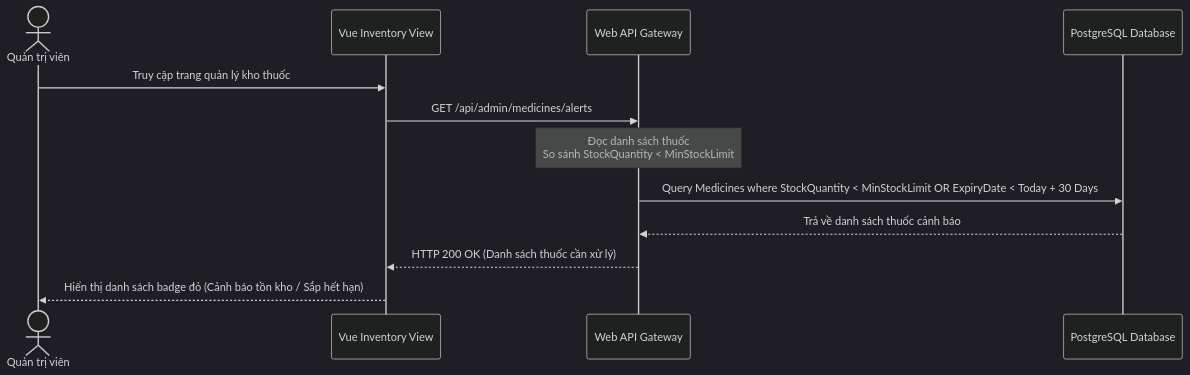
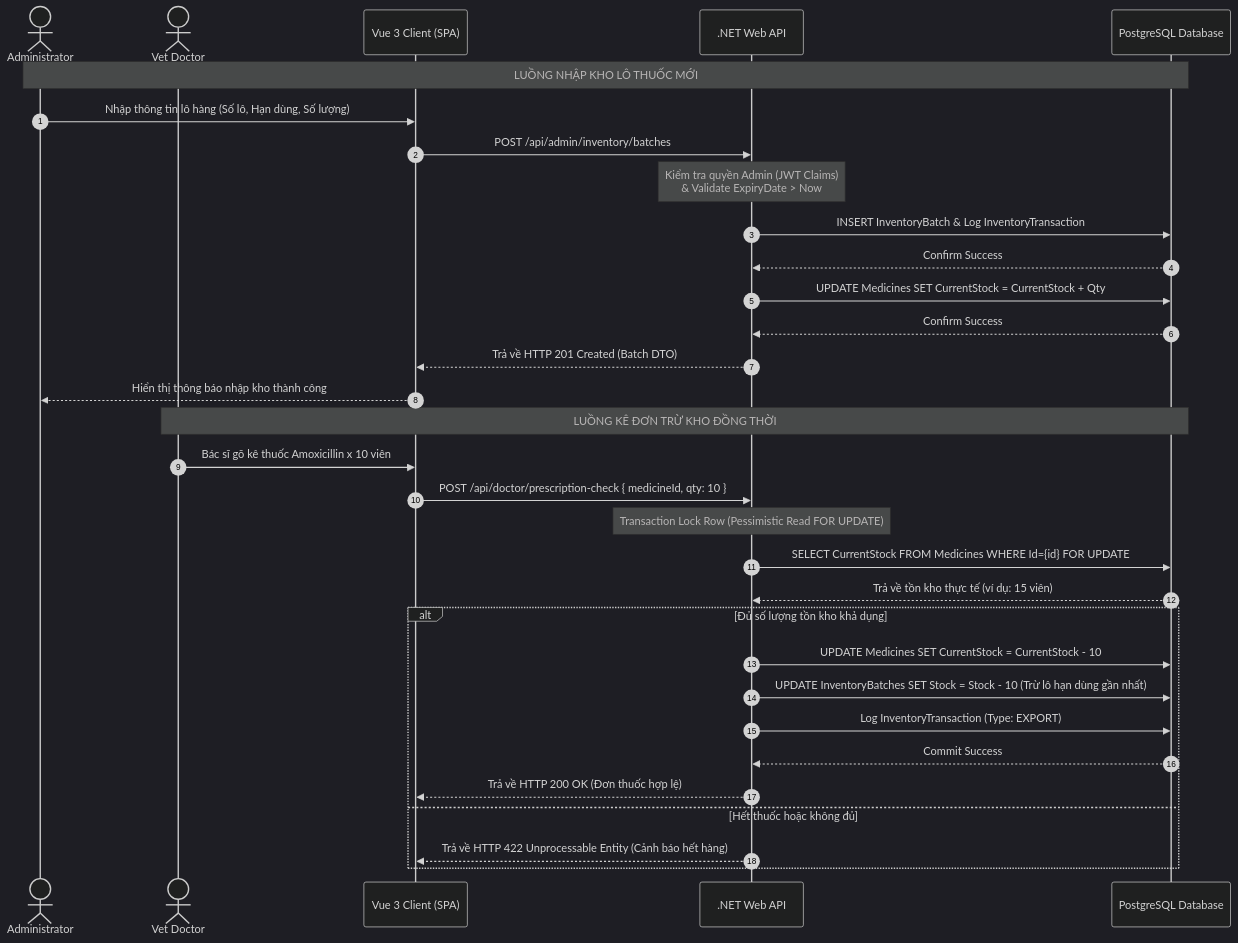
One commit to NamSD1901/DATN-Final changed the diagram in plan/features/deep-decomposition/phase3-24-admin-inventory/TECHNICAL_SPEC.md. Above: the diagram before and after it, drawn with Mermaid (dark theme). The commit also changed other lines of this file and 11 other files, not shown here.

Commit message:
docs: upgrade specifications for phase 3 - admin drug & medical supplies inventory

````diff
--- a/plan/features/deep-decomposition/phase3-24-admin-inventory/TECHNICAL_SPEC.md
+++ b/plan/features/deep-decomposition/phase3-24-admin-inventory/TECHNICAL_SPEC.md
@@ -11,15 +11,36 @@
 ```mermaid
 sequenceDiagram
-    actor Admin as Quản trị viên
-    participant FE as Vue Inventory View
-    participant API as Web API Gateway
+    autonumber
+    actor A as Administrator
+    actor D as Vet Doctor
+    participant FE as Vue 3 Client (SPA)
+    participant BE as .NET Web API
     participant DB as PostgreSQL Database
 
-    Admin->>FE: Truy cập trang quản lý kho thuốc
-    FE->>API: GET /api/admin/medicines/alerts
-    Note over API: Đọc danh sách thuốc<br/>So sánh StockQuantity < MinStockLimit
-    API->>DB: Query Medicines where StockQuantity < MinStockLimit OR ExpiryDate < Today + 30 Days
-    DB-->>API: Trả về danh sách thuốc cảnh báo
-    API-->>FE: HTTP 200 OK (Danh sách thuốc cần xử lý)
-    FE-->>Admin: Hiển thị danh sách badge đỏ (Cảnh báo tồn kho / Sắp hết hạn)
+    Note over A, DB: LUỒNG NHẬP KHO LÔ THUỐC MỚI
+    A->>FE: Nhập thông tin lô hàng (Số lô, Hạn dùng, Số lượng)
+    FE->>BE: POST /api/admin/inventory/batches
+    Note over BE: Kiểm tra quyền Admin (JWT Claims)<br>& Validate ExpiryDate > Now
+    BE->>DB: INSERT InventoryBatch & Log InventoryTransaction
+    DB-->>BE: Confirm Success
+    BE->>DB: UPDATE Medicines SET CurrentStock = CurrentStock + Qty
+    DB-->>BE: Confirm Success
+    BE-->>FE: Trả về HTTP 201 Created (Batch DTO)
+    FE-->>A: Hiển thị thông báo nhập kho thành công
+
+    Note over D, DB: LUỒNG KÊ ĐƠN TRỪ KHO ĐỒNG THỜI
+    D->>FE: Bác sĩ gõ kê thuốc Amoxicillin x 10 viên
+    FE->>BE: POST /api/doctor/prescription-check { medicineId, qty: 10 }
+    Note over BE: Transaction Lock Row (Pessimistic Read FOR UPDATE)
+    BE->>DB: SELECT CurrentStock FROM Medicines WHERE Id={id} FOR UPDATE
+    DB-->>BE: Trả về tồn kho thực tế (ví dụ: 15 viên)
+    alt Đủ số lượng tồn kho khả dụng
+        BE->>DB: UPDATE Medicines SET CurrentStock = CurrentStock - 10
+        BE->>DB: UPDATE InventoryBatches SET Stock = Stock - 10 (Trừ lô hạn dùng gần nhất)
+        BE->>DB: Log InventoryTransaction (Type: EXPORT)
+        DB-->>BE: Commit Success
+        BE-->>FE: Trả về HTTP 200 OK (Đơn thuốc hợp lệ)
+    else Hết thuốc hoặc không đủ
+        BE-->>FE: Trả về HTTP 422 Unprocessable Entity (Cảnh báo hết hàng)
+    end
 ```
````
